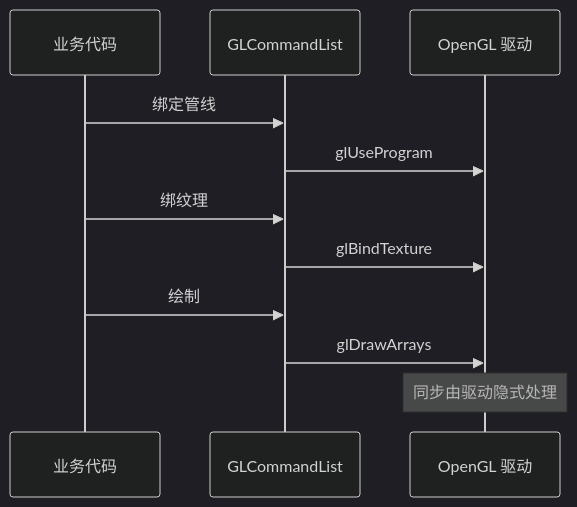
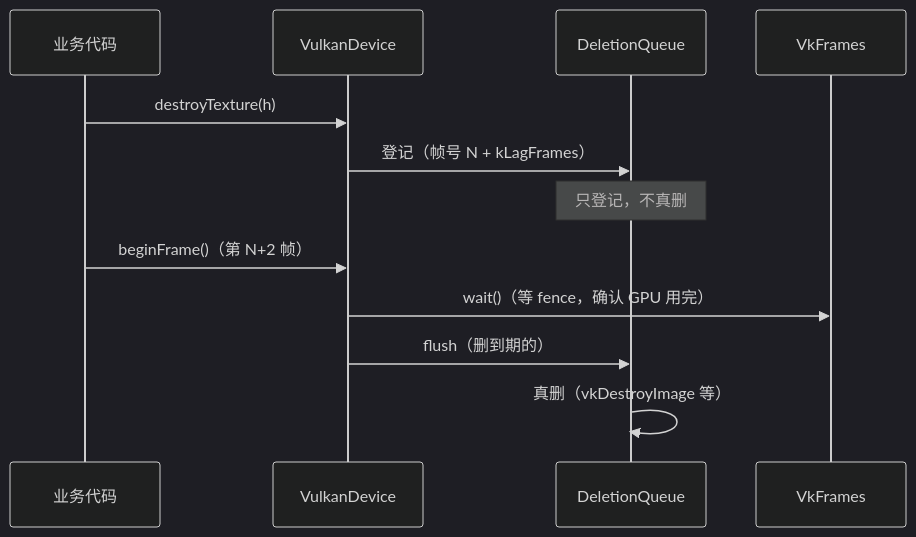
Before and after one commit to tangzheheshui/cmake_opengl_glfw_imgui: the fifth of 7 diagrams in docs/2-类设计与时序图.md, drawn with Mermaid (dark theme). The commit also changed other lines of this file and 23 other files, not shown here.

````diff
--- a/docs/2-类设计与时序图.md
+++ b/docs/2-类设计与时序图.md
@@ -150,13 +234,16 @@
 ```mermaid
 sequenceDiagram
     participant app as 业务代码
-    participant glc as GLCommandList
-    participant gl as OpenGL 驱动
-    app->>glc: 绑定管线
-    glc->>gl: glUseProgram
-    app->>glc: 绑纹理
-    glc->>gl: glBindTexture
-    app->>glc: 绘制
-    glc->>gl: glDrawArrays
-    Note over gl: 同步由驱动隐式处理
+    participant dev as VulkanDevice
+    participant dq as DeletionQueue
+    participant fr as VkFrames
+
+    app->>dev: destroyTexture(h)
+    dev->>dq: 登记（帧号 N + kLagFrames）
+    Note over dq: 只登记，不真删
+
+    app->>dev: beginFrame()（第 N+2 帧）
+    dev->>fr: wait()（等 fence，确认 GPU 用完）
+    dev->>dq: flush（删到期的）
+    dq->>dq: 真删（vkDestroyImage 等）
 ```
````
